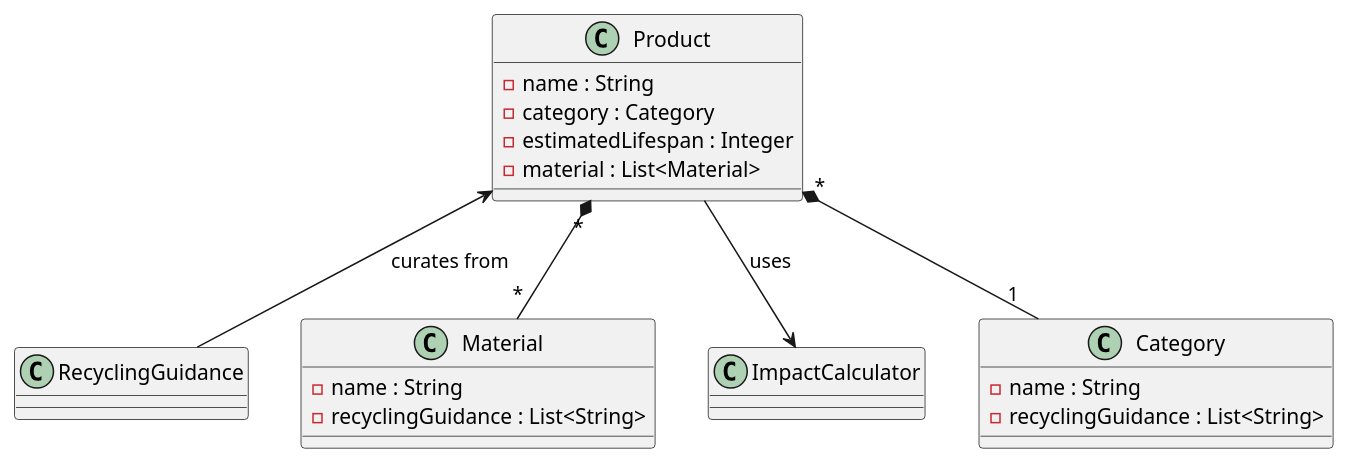
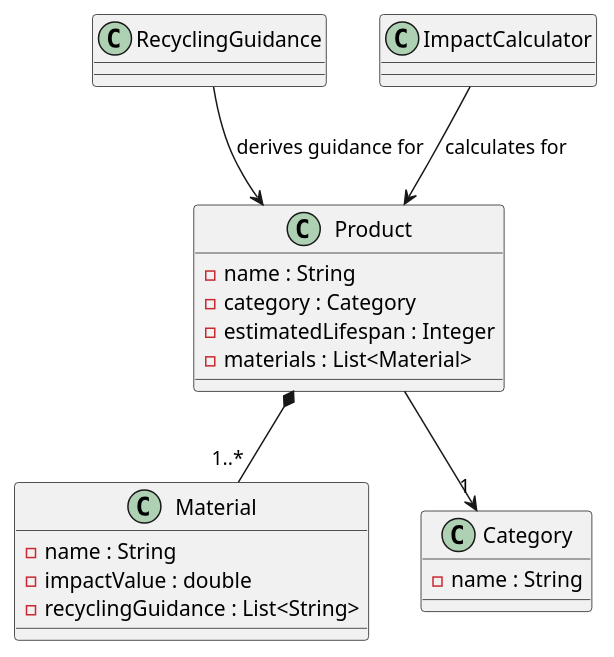
The diagram in dev-requirements.md (flavio-colangelo/ood-project), drawn with PlantUML before and after one commit. The commit also changed other lines of this file, not shown here.

Commit message:
Propose UML improvements and refinements

````diff
--- a/dev-requirements.md
+++ b/dev-requirements.md
@@ -95,48 +95,33 @@
 ```puml
 @startuml diagram
 
 class RecyclingGuidance {
-
 }
 
 class Product {
     - name : String
     - category : Category
     - estimatedLifespan : Integer
-    - material : List<Material>
+    - materials : List<Material>
 }
 
 class Material {
     - name : String
+    - impactValue : double
     - recyclingGuidance : List<String>
 }
 
 class ImpactCalculator {
-
 }
 
 class Category {
     - name : String
-    - recyclingGuidance : List<String>
 }
 
-' class DatabaseManager {
-'     - username : String
-'     - password : String
-' }
-' 
-' class Menu {
-'     - menuOptions : List<String>
-' }
-
-Product "*" *-- "1" Category
-Product "*" *-- "*" Material
-Product <-- RecyclingGuidance : curates from
-Product --> ImpactCalculator : uses
-' Menu --> Product : uses
-' DatabaseManager <-- Product : uses
-' DatabaseManager <-- Material : uses
-' Menu --> RecyclingGuidance : uses
+Product --> "1" Category
+Product *-- "1..*" Material
+RecyclingGuidance --> Product : derives guidance for
+ImpactCalculator --> Product : calculates for
 
 @enduml diagram
 ```
````
